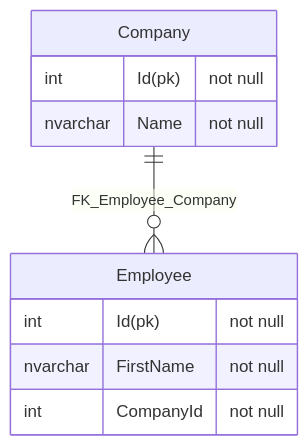
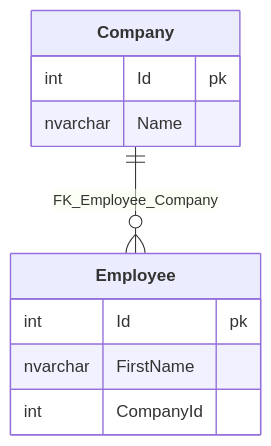
The diagram in src/SqlServerToMermaidTool.Tests/IntegrationTests.ConnectionString_ToMarkdown.verified.md (SimonCropp/DbToMermaid), drawn with Mermaid before and after one commit. The commit also changed 41 other files, not shown here.

````diff
--- a/src/SqlServerToMermaidTool.Tests/IntegrationTests.ConnectionString_ToMarkdown.verified.md
+++ b/src/SqlServerToMermaidTool.Tests/IntegrationTests.ConnectionString_ToMarkdown.verified.md
@@ -1,13 +1,13 @@
 ```mermaid
 erDiagram
-  Company {
-    int Id(pk) "not null"
-    nvarchar Name "not null"
+  Company["**Company**"] {
+    int Id pk
+    nvarchar Name
   }
-  Employee {
-    int Id(pk) "not null"
-    nvarchar FirstName "not null"
-    int CompanyId "not null"
+  Employee["**Employee**"] {
+    int Id pk
+    nvarchar FirstName
+    int CompanyId
   }
   Company ||--o{ Employee : "FK_Employee_Company"
 ```
````
